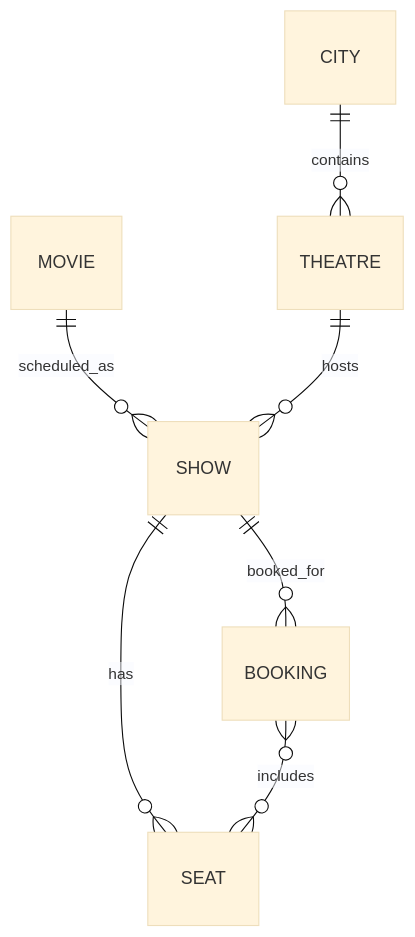
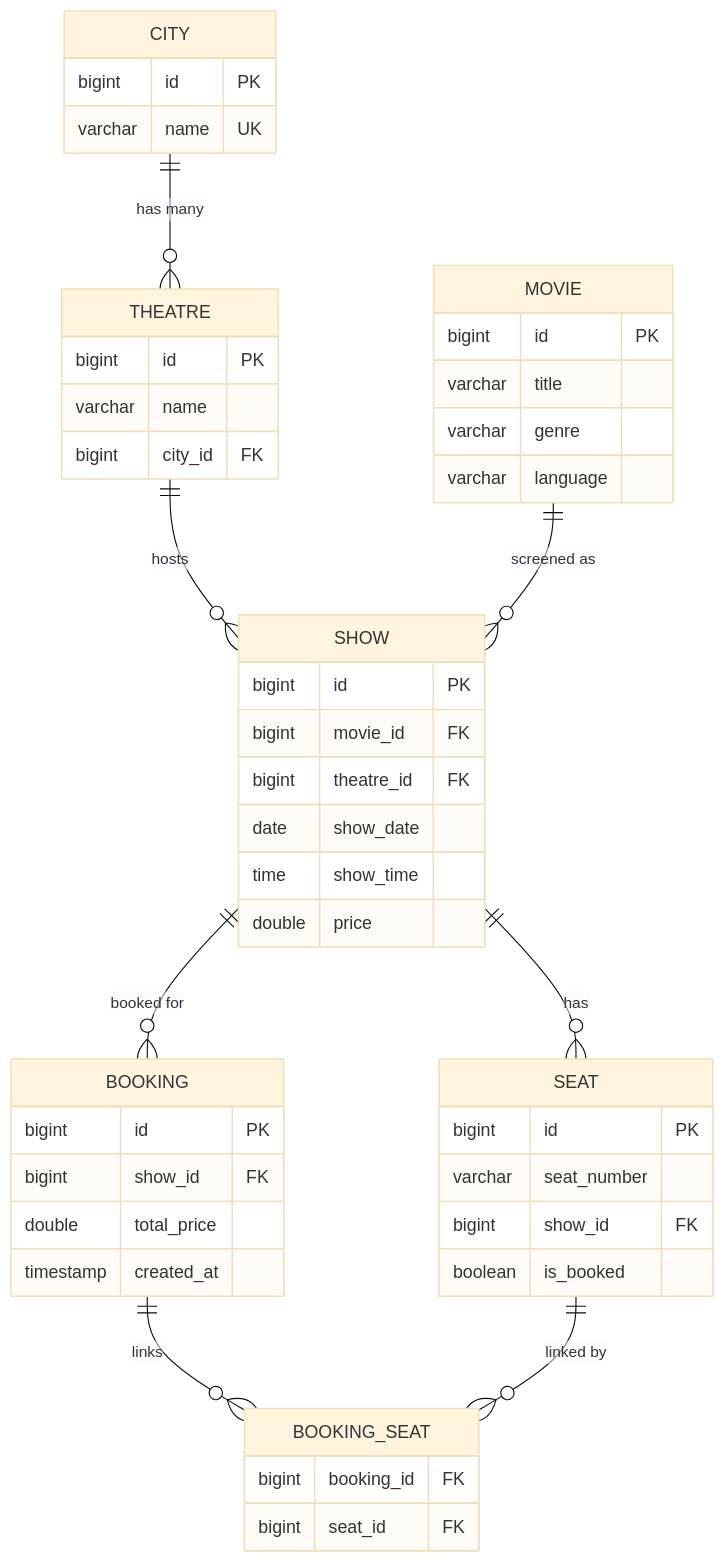
One commit to wargod797/bookingPlatform changed the third of 12 diagrams in design.md. Above: the diagram before and after it, drawn with Mermaid (base theme). The commit also changed other lines of this file, not shown here.

````diff
--- a/design.md
+++ b/design.md
@@ -157,9 +217,50 @@
 ```mermaid
 erDiagram
-    CITY ||--o{ THEATRE : contains
-    MOVIE ||--o{ SHOW : scheduled_as
-    THEATRE ||--o{ SHOW : hosts
-    SHOW ||--o{ SEAT : has
-    SHOW ||--o{ BOOKING : booked_for
-    BOOKING }o--o{ SEAT : includes
+    CITY {
+        bigint id PK
+        varchar name UK
+    }
+    THEATRE {
+        bigint id PK
+        varchar name
+        bigint city_id FK
+    }
+    MOVIE {
+        bigint id PK
+        varchar title
+        varchar genre
+        varchar language
+    }
+    SHOW {
+        bigint id PK
+        bigint movie_id FK
+        bigint theatre_id FK
+        date show_date
+        time show_time
+        double price
+    }
+    SEAT {
+        bigint id PK
+        varchar seat_number
+        bigint show_id FK
+        boolean is_booked
+    }
+    BOOKING {
+        bigint id PK
+        bigint show_id FK
+        double total_price
+        timestamp created_at
+    }
+    BOOKING_SEAT {
+        bigint booking_id FK
+        bigint seat_id FK
+    }
+
+    CITY ||--o{ THEATRE : "has many"
+    THEATRE ||--o{ SHOW : "hosts"
+    MOVIE ||--o{ SHOW : "screened as"
+    SHOW ||--o{ SEAT : "has"
+    SHOW ||--o{ BOOKING : "booked for"
+    BOOKING ||--o{ BOOKING_SEAT : "links"
+    SEAT ||--o{ BOOKING_SEAT : "linked by"
 ```
````
